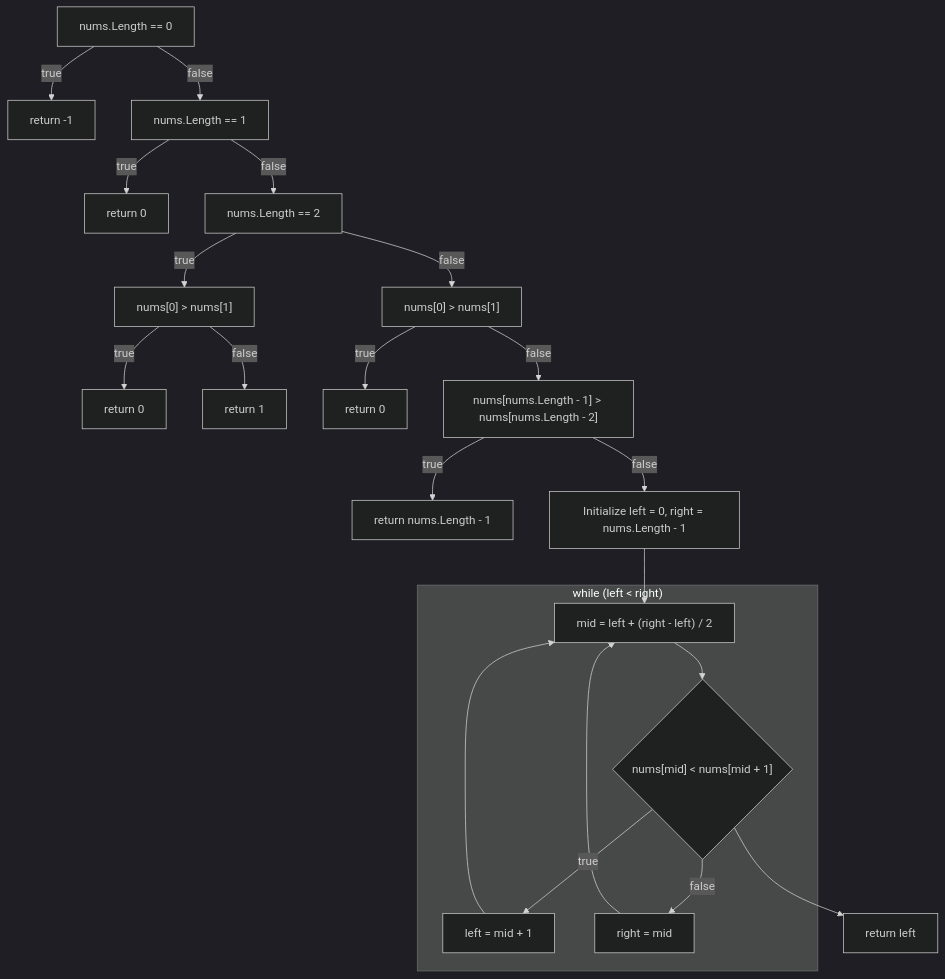
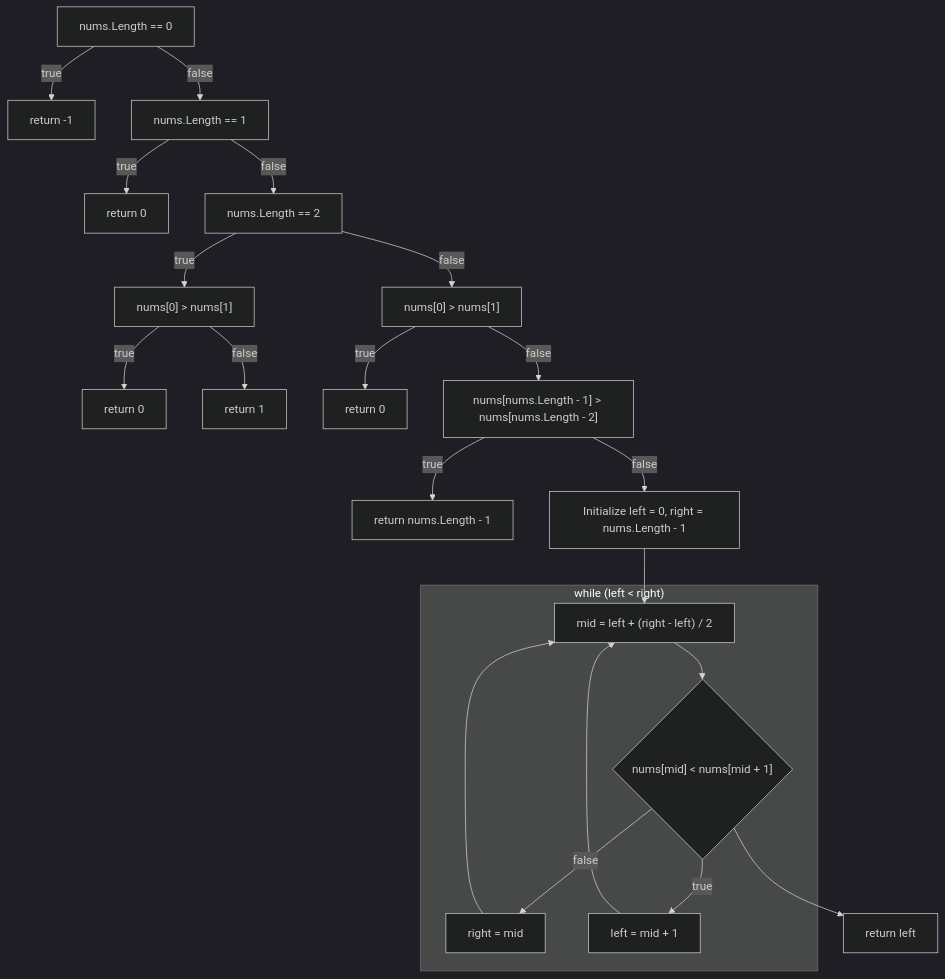
Before and after one commit to abhimanyu-builds/Leetcode: the diagram in Leetcode/Documentation/flowcharts/FindPeakElement/OlognBinarySearchSolution.md, drawn with Mermaid (dark theme). The commit also changed other lines of this file and 12 other files, not shown here.

````diff
--- a/Leetcode/Documentation/flowcharts/FindPeakElement/OlognBinarySearchSolution.md
+++ b/Leetcode/Documentation/flowcharts/FindPeakElement/OlognBinarySearchSolution.md
@@ -1,28 +1,28 @@
 ```mermaid
 flowchart TD
     A["nums.Length == 0"] -->|true| B[return -1]
     A -->|false| C["nums.Length == 1"]
     C -->|true| D[return 0]
     C -->|false| E["nums.Length == 2"]
     E -->|true| F["nums[0] > nums[1]"]
     F -->|true| G[return 0]
     F -->|false| H[return 1]
     E -->|false| I["nums[0] > nums[1]"]
     I -->|true| J[return 0]
     I -->|false| K["nums[nums.Length - 1] > nums[nums.Length - 2]"]
     K -->|true| L[return nums.Length - 1]
     K -->|false| M[Initialize left = 0, right = nums.Length - 1]
 
     subgraph "while (left < right)"
         N["mid = left + (right - left) / 2"]
         O{"nums[mid] < nums[mid + 1]"}
+        O -->|false| Q["right = mid"]
         O -->|true| P["left = mid + 1"]
-        O -->|false| Q["right = mid"]
     end
 
     M --> N
     P --> N
     Q --> N
     N --> O
     O --> R[return left]
 ```
````
